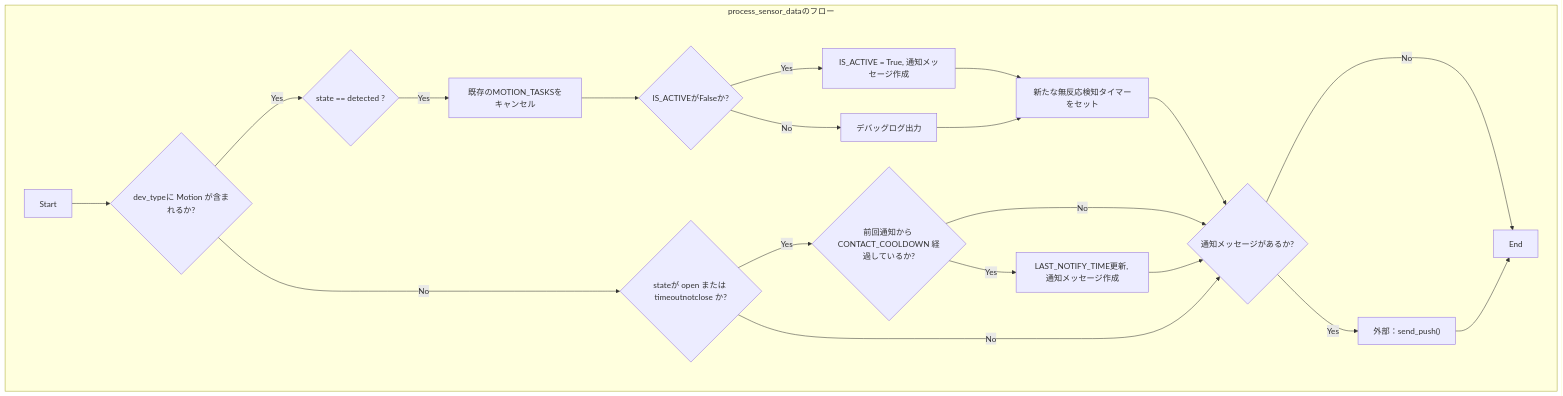
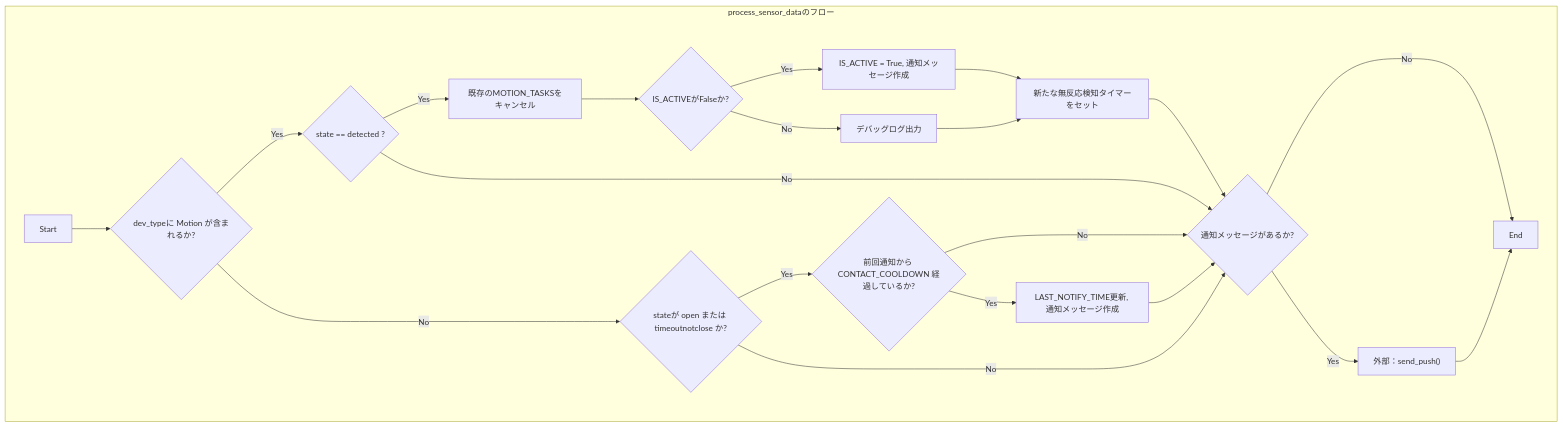
Before and after one commit to mmtigers/my_python_project: the first of 3 diagrams in docs/specifications/MY_HOME_SYSTEM/sensor_service.md, drawn with Mermaid. The commit also changed other lines of this file and 47 other files, not shown here.

````diff
--- a/docs/specifications/MY_HOME_SYSTEM/sensor_service.md
+++ b/docs/specifications/MY_HOME_SYSTEM/sensor_service.md
@@ -181,26 +181,27 @@
 ```mermaid
 flowchart TD
   subgraph process_sensor_data_flow [process_sensor_dataのフロー]
     A[Start] --> B{"dev_typeに Motion が含まれるか?"}
     B -- Yes --> C{"state == detected ?"}
     C -- Yes --> D["既存のMOTION_TASKSをキャンセル"]
     D --> E{"IS_ACTIVEがFalseか?"}
     E -- Yes --> F["IS_ACTIVE = True, 通知メッセージ作成"]
     E -- No --> G["デバッグログ出力"]
     F --> H["新たな無反応検知タイマーをセット"]
     G --> H
     H --> I{"通知メッセージがあるか?"}
+    C -- No --> I
 
     B -- No --> J{"stateが open または timeoutnotclose か?"}
     J -- Yes --> K{"前回通知から CONTACT_COOLDOWN 経過しているか?"}
     K -- Yes --> L["LAST_NOTIFY_TIME更新, 通知メッセージ作成"]
     K -- No --> I
     L --> I
     J -- No --> I
 
     I -- Yes --> M["外部：send_push()"]
     I -- No --> N[End]
     M --> N
   end
 
 ```
````
